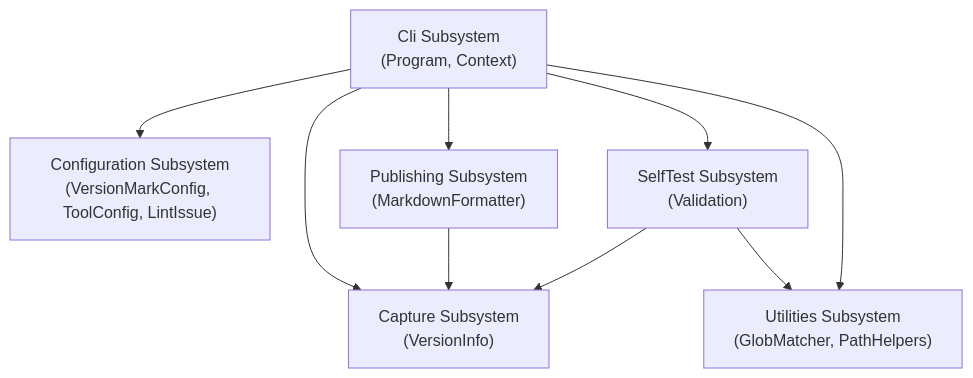
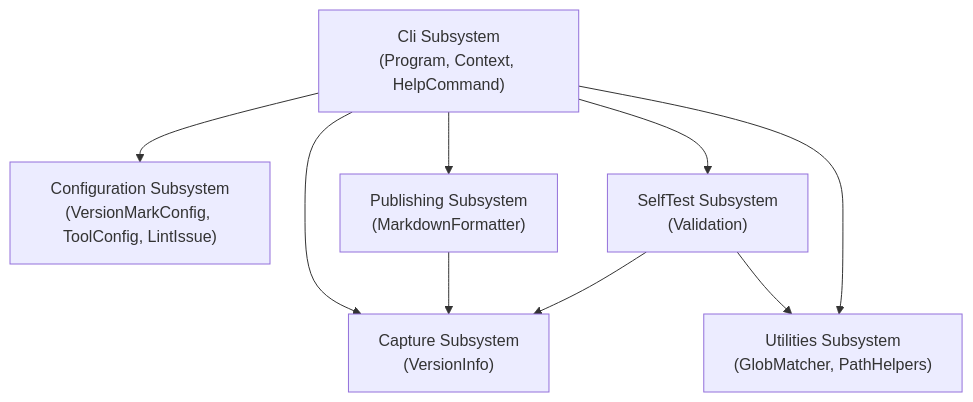
Before and after one commit to demaconsulting/VersionMark: the diagram in docs/design/version-mark.md, drawn with Mermaid. The commit also changed other lines of this file and 51 other files, not shown here.

````diff
--- a/docs/design/version-mark.md
+++ b/docs/design/version-mark.md
@@ -10,18 +10,18 @@
 ```mermaid
 graph TD
-    Cli["Cli Subsystem\n(Program, Context)"]
+    Cli["Cli Subsystem\n(Program, Context, HelpCommand)"]
     Configuration["Configuration Subsystem\n(VersionMarkConfig, ToolConfig, LintIssue)"]
     Capture["Capture Subsystem\n(VersionInfo)"]
     Publishing["Publishing Subsystem\n(MarkdownFormatter)"]
     SelfTest["SelfTest Subsystem\n(Validation)"]
     Utilities["Utilities Subsystem\n(GlobMatcher, PathHelpers)"]
 
     Cli --> Configuration
     Cli --> Capture
     Cli --> Publishing
     Cli --> SelfTest
     Cli --> Utilities
     SelfTest --> Capture
     SelfTest --> Utilities
     Publishing --> Capture
 ```
````
